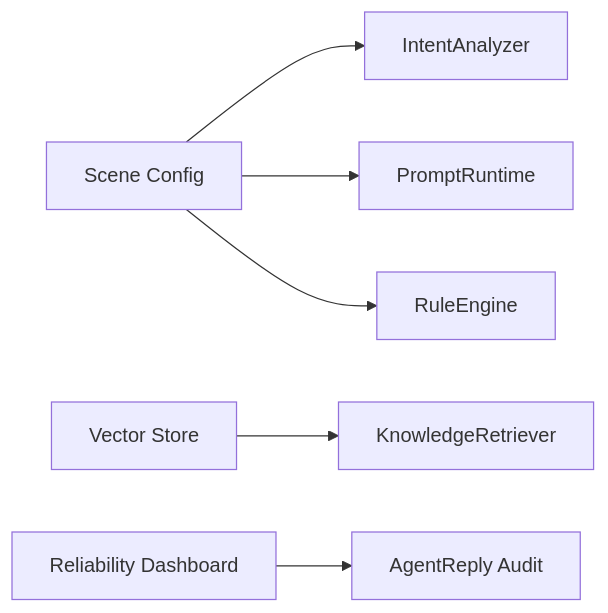
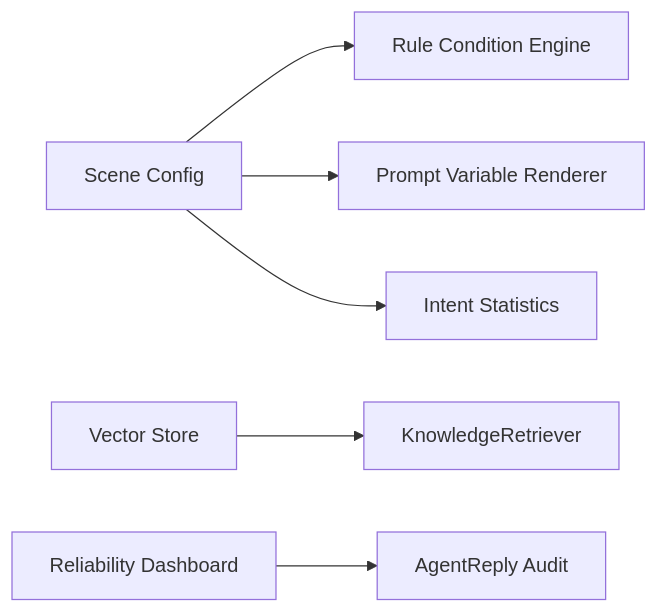
Before and after one commit to anjing-le/agent-customer-service: the second of 2 diagrams in project_document/DOMAIN_MODEL.md, drawn with Mermaid. The commit also changed other lines of this file and 13 other files, not shown here.

Commit message:
feat: connect scene config to agent runtime

````diff
--- a/project_document/DOMAIN_MODEL.md
+++ b/project_document/DOMAIN_MODEL.md
@@ -58,8 +66,8 @@
 ```mermaid
 flowchart LR
-    A["Scene Config"] --> B["IntentAnalyzer"]
-    A --> C["PromptRuntime"]
-    A --> D["RuleEngine"]
+    A["Scene Config"] --> B["Rule Condition Engine"]
+    A --> C["Prompt Variable Renderer"]
+    A --> D["Intent Statistics"]
     E["Vector Store"] --> F["KnowledgeRetriever"]
     G["Reliability Dashboard"] --> H["AgentReply Audit"]
 ```
````
